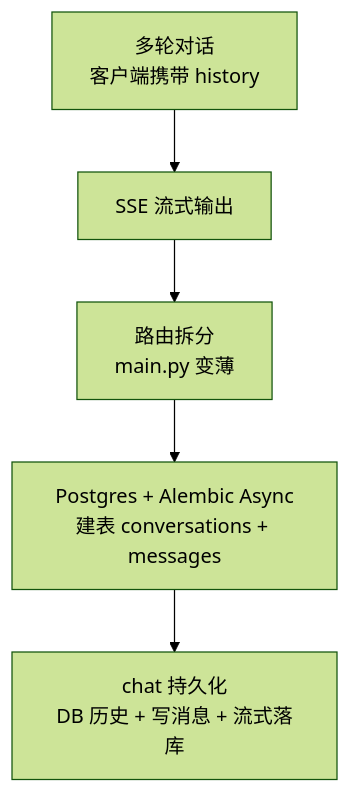
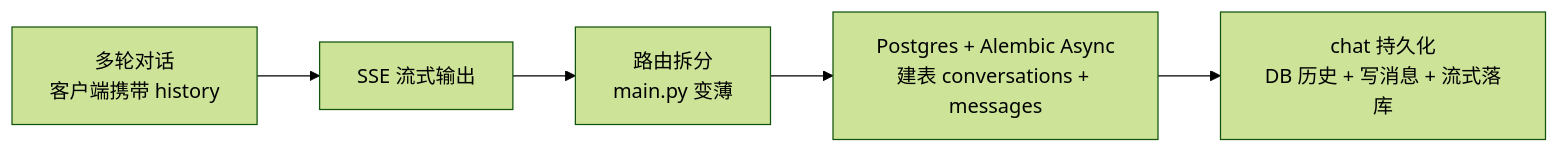
One commit to Han-GR/Han-GR.github.io changed the second of 2 diagrams in content/post/2026-07-09-DevAssist：从多轮对话到数据库持久化/index.md. Above: the diagram before and after it, drawn with Mermaid (forest theme). The commit also changed other lines of this file, not shown here.

Commit message:
vault backup: 2026-07-09 20:21:23

````diff
--- a/content/post/2026-07-09-DevAssist：从多轮对话到数据库持久化/index.md
+++ b/content/post/2026-07-09-DevAssist：从多轮对话到数据库持久化/index.md
@@ -41,7 +42,7 @@
 ```mermaid
-flowchart TD
+flowchart LR
   S1["多轮对话<br>客户端携带 history"] --> S2["SSE 流式输出"]
   S2 --> S3["路由拆分<br>main.py 变薄"]
   S3 --> S4["Postgres + Alembic Async<br>建表 conversations + messages"]
   S4 --> S5["chat 持久化<br>DB 历史 + 写消息 + 流式落库"]
 ```
````
